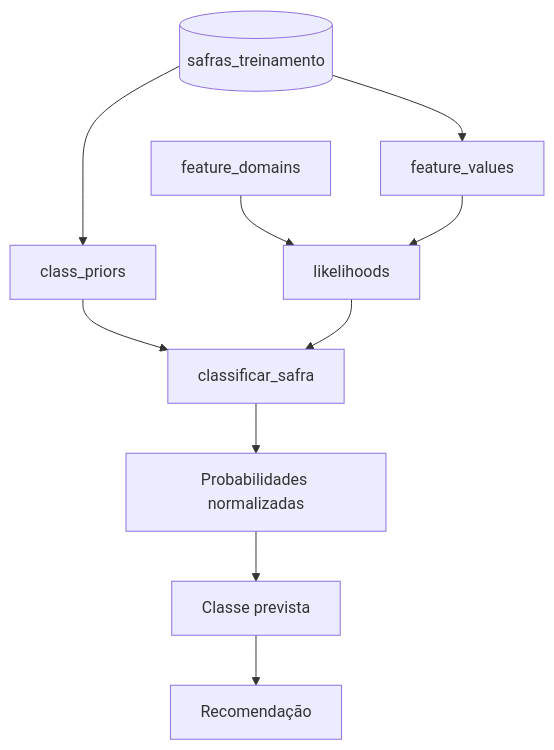
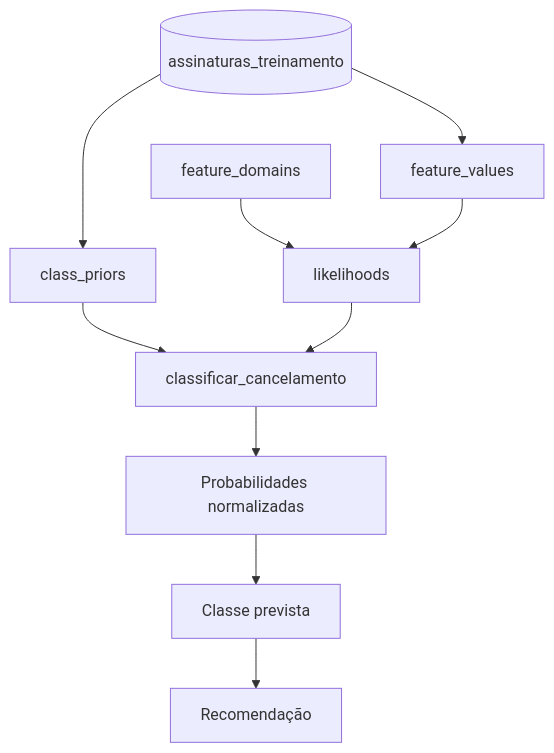
One commit to DiogoAug16/safra-rentavel changed the second of 4 diagrams in README.md. Above: the diagram before and after it, drawn with Mermaid. The commit also changed other lines of this file and 24 other files, not shown here.

````diff
--- a/README.md
+++ b/README.md
@@ -105,17 +105,17 @@
 ```mermaid
 flowchart TD
-    A[(safras_treinamento)]
+    A[(assinaturas_treinamento)]
 
     A --> B[feature_values]
     A --> C[class_priors]
 
     D[feature_domains] --> E[likelihoods]
     B --> E
 
-    C --> F[classificar_safra]
+    C --> F[classificar_cancelamento]
     E --> F
 
     F --> G[Probabilidades normalizadas]
     G --> H[Classe prevista]
     H --> I[Recomendação]
 ```
````
